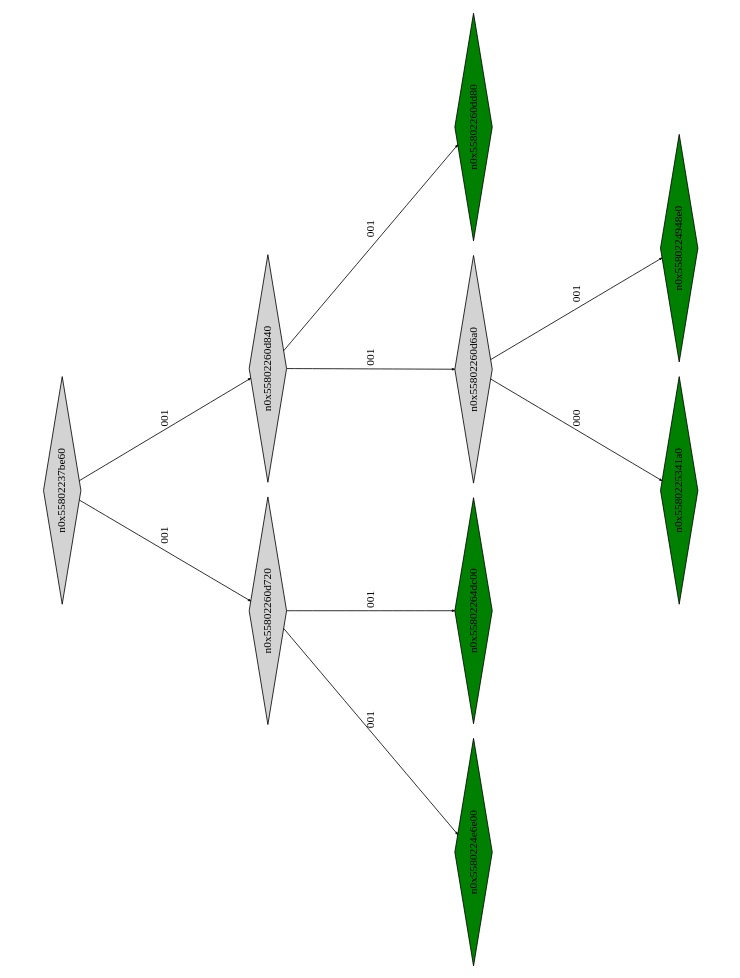
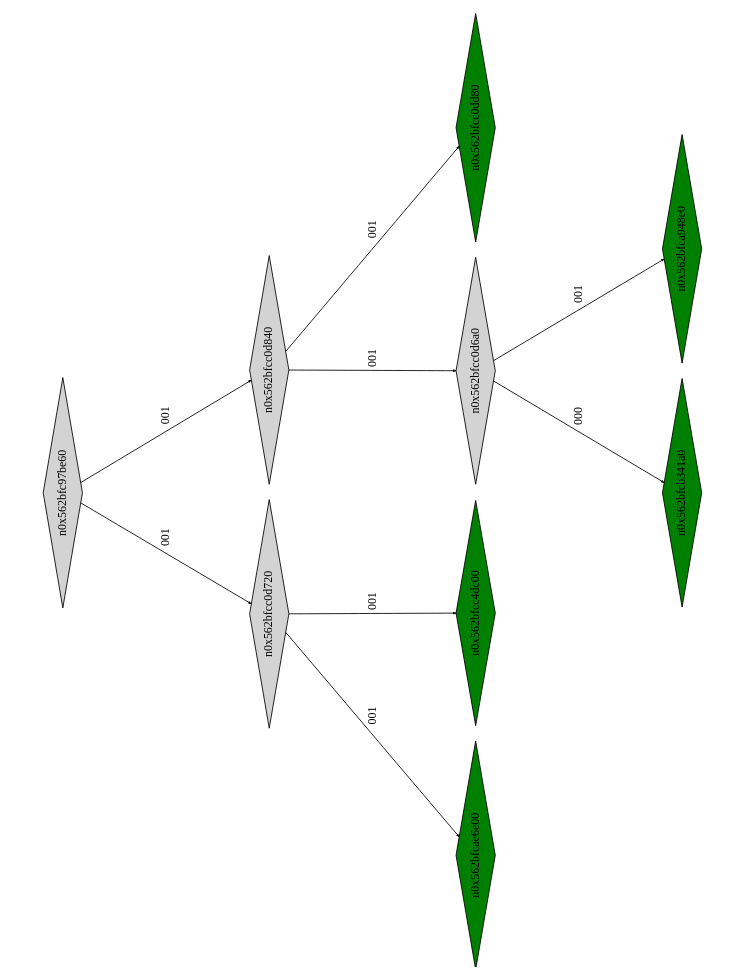
Before and after one commit to Research-Tools-PAVT/PSE-Program-Examples: the diagram in montyhall_klee_out/ptree_00020936.dot, drawn with Graphviz. The commit also changed 60 other files, not shown here.

```diff
--- a/montyhall_klee_out/ptree_00020936.dot
+++ b/montyhall_klee_out/ptree_00020936.dot
@@ -1,25 +1,25 @@
 digraph G {
 	size="10,7.5";
 	ratio=fill;
 	rotate=90;
 	center = "true";
 	node [style="filled",width=.1,height=.1,fontname="Terminus"]
 	edge [arrowsize=.3]
-	n0x55802237be60 [shape=diamond];
-	n0x55802237be60 -> n0x55802260d720 [label=001];
-	n0x55802237be60 -> n0x55802260d840 [label=001];
-	n0x55802260d840 [shape=diamond];
-	n0x55802260d840 -> n0x55802260d6a0 [label=001];
-	n0x55802260d840 -> n0x55802260dd80 [label=001];
-	n0x55802260dd80 [shape=diamond,fillcolor=green];
-	n0x55802260d6a0 [shape=diamond];
-	n0x55802260d6a0 -> n0x5580225341a0 [label=000];
-	n0x55802260d6a0 -> n0x5580224948e0 [label=001];
-	n0x5580224948e0 [shape=diamond,fillcolor=green];
-	n0x5580225341a0 [shape=diamond,fillcolor=green];
-	n0x55802260d720 [shape=diamond];
-	n0x55802260d720 -> n0x5580224e6e00 [label=001];
-	n0x55802260d720 -> n0x55802264dc00 [label=001];
-	n0x55802264dc00 [shape=diamond,fillcolor=green];
-	n0x5580224e6e00 [shape=diamond,fillcolor=green];
+	n0x562bfc97be60 [shape=diamond];
+	n0x562bfc97be60 -> n0x562bfcc0d720 [label=001];
+	n0x562bfc97be60 -> n0x562bfcc0d840 [label=001];
+	n0x562bfcc0d840 [shape=diamond];
+	n0x562bfcc0d840 -> n0x562bfcc0d6a0 [label=001];
+	n0x562bfcc0d840 -> n0x562bfcc0dd80 [label=001];
+	n0x562bfcc0dd80 [shape=diamond,fillcolor=green];
+	n0x562bfcc0d6a0 [shape=diamond];
+	n0x562bfcc0d6a0 -> n0x562bfcb341a0 [label=000];
+	n0x562bfcc0d6a0 -> n0x562bfca948e0 [label=001];
+	n0x562bfca948e0 [shape=diamond,fillcolor=green];
+	n0x562bfcb341a0 [shape=diamond,fillcolor=green];
+	n0x562bfcc0d720 [shape=diamond];
+	n0x562bfcc0d720 -> n0x562bfcae6e00 [label=001];
+	n0x562bfcc0d720 -> n0x562bfcc4dc00 [label=001];
+	n0x562bfcc4dc00 [shape=diamond,fillcolor=green];
+	n0x562bfcae6e00 [shape=diamond,fillcolor=green];
 }
```
